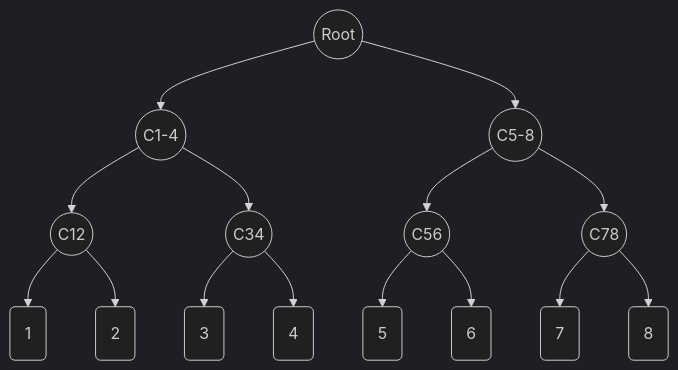
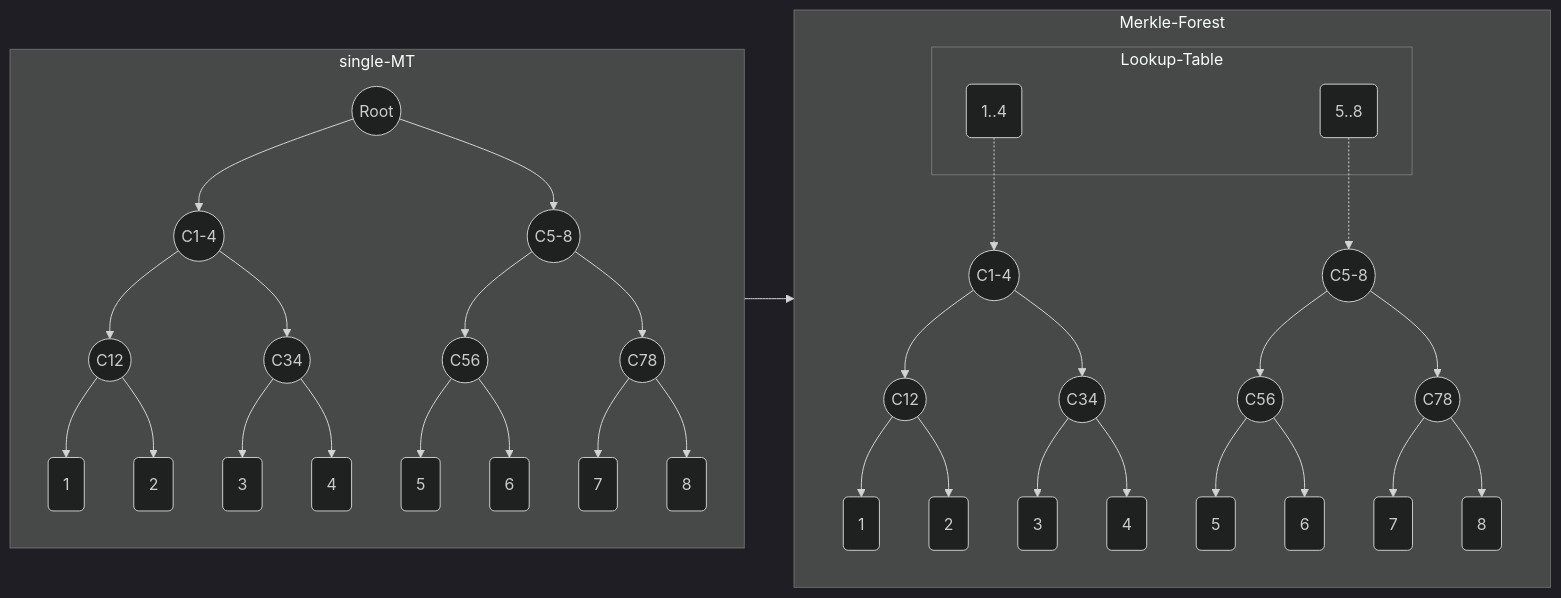
The diagram in README.md (Poseidon-ZKP/merkle-forest), drawn with Mermaid (dark theme) before and after one commit. The commit also changed other lines of this file, not shown here.

Commit message:
loopup table

````diff
--- a/README.md
+++ b/README.md
@@ -29,11 +29,31 @@
 ```mermaid
-    graph TB;
-        R((Root))-->C1234 & C5678;
-        C1234((C1-4)) --> C12((C12)) & C34((C34));
-        C5678((C5-8)) --> C56((C56)) & C78((C78));
-        C12-->L1(1) & L2(2)
-        C34-->L3(3) & L4(4)
-        C56-->L5(5) & L6(6)
-        C78-->L7(7) & L8(8)
+    graph LR;
+        subgraph single-MT
+            R((Root))-->C1234 & C5678;
+            C1234((C1-4)) --> C12((C12)) & C34((C34));
+            C5678((C5-8)) --> C56((C56)) & C78((C78));
+            C12-->L1(1) & L2(2)
+            C34-->L3(3) & L4(4)
+            C56-->L5(5) & L6(6)
+            C78-->L7(7) & L8(8)
+        end
+
+        subgraph Merkle-Forest
+            subgraph Lookup-Table
+                LT1(1..4)
+                LT5(5..8)
+            end
+            LT1 -.-> FC1234;
+            LT5 -.-> FC5678;
+            FC1234((C1-4)) --> FC12((C12)) & FC34((C34));
+            FC5678((C5-8)) --> FC56((C56)) & FC78((C78));
+            FC12-->FL1(1) & FL2(2)
+            FC34-->FL3(3) & FL4(4)
+            FC56-->FL5(5) & FL6(6)
+            FC78-->FL7(7) & FL8(8)
+        end
+
+        single-MT --> Merkle-Forest
+
 
 ```
````
